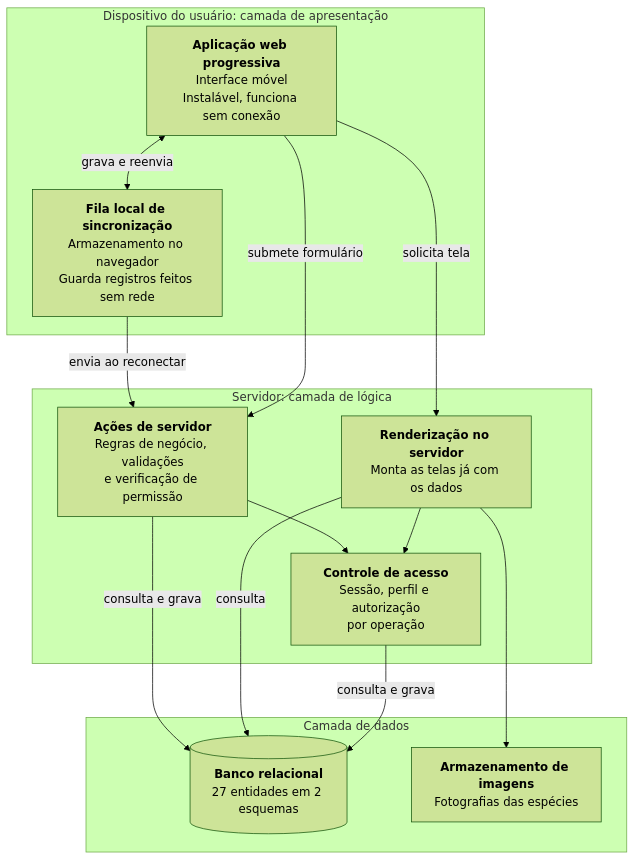
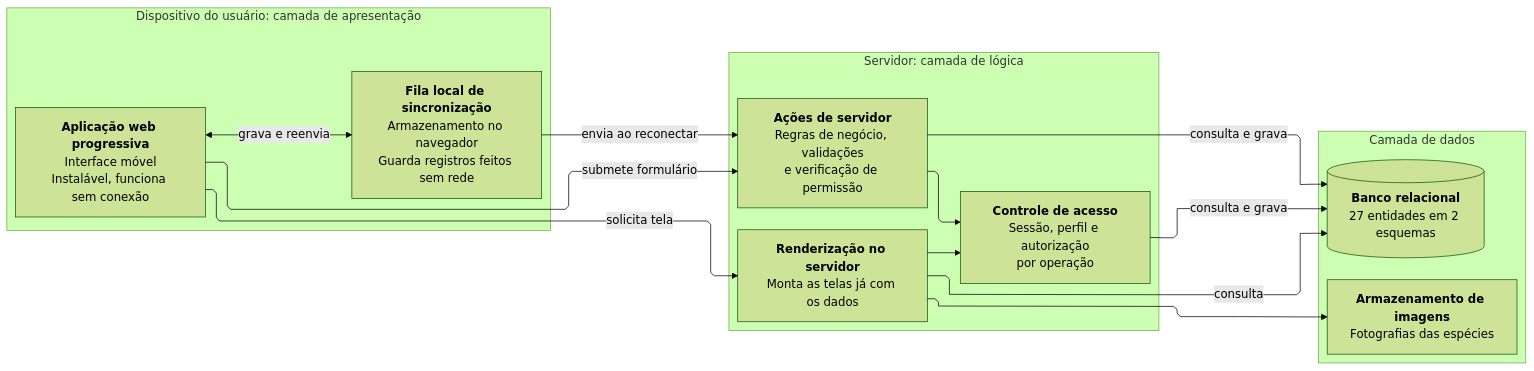
The second of 3 diagrams in docs/engenharia/D-arquitetura/D1-arquitetura-c4.md (JoaoMudar/tcc), drawn with Mermaid (forest theme) before and after one commit. The commit also changed 12 other files, not shown here.

````diff
--- a/docs/engenharia/D-arquitetura/D1-arquitetura-c4.md
+++ b/docs/engenharia/D-arquitetura/D1-arquitetura-c4.md
@@ -72,30 +72,38 @@
 ```mermaid
-graph TB
+---
+config:
+  layout: elk
+  elk:
+    nodePlacementStrategy: NETWORK_SIMPLEX
+  flowchart:
+    curve: linear
+---
+graph LR
   subgraph disp["Dispositivo do usuário: camada de apresentação"]
     PWA["<b>Aplicação web progressiva</b><br/>Interface móvel<br/>Instalável, funciona sem conexão"]
     FILA["<b>Fila local de sincronização</b><br/>Armazenamento no navegador<br/>Guarda registros feitos sem rede"]
   end
 
   subgraph srv["Servidor: camada de lógica"]
     REND["<b>Renderização no servidor</b><br/>Monta as telas já com os dados"]
     ACOES["<b>Ações de servidor</b><br/>Regras de negócio, validações<br/>e verificação de permissão"]
     AUTH["<b>Controle de acesso</b><br/>Sessão, perfil e autorização<br/>por operação"]
   end
 
   subgraph dados["Camada de dados"]
     BD[("<b>Banco relacional</b><br/>27 entidades em 2 esquemas")]
     ARQ["<b>Armazenamento de imagens</b><br/>Fotografias das espécies"]
   end
 
   PWA -->|"solicita tela"| REND
   PWA -->|"submete formulário"| ACOES
   PWA <-->|"grava e reenvia"| FILA
   FILA -->|"envia ao reconectar"| ACOES
 
   REND --> AUTH
   ACOES --> AUTH
   AUTH -->|"consulta e grava"| BD
   REND -->|"consulta"| BD
   ACOES -->|"consulta e grava"| BD
   REND --> ARQ
 ```
````
